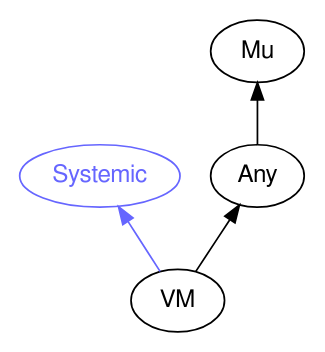
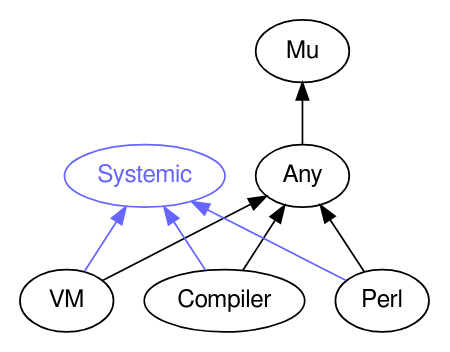
One commit to perl6docs/perl6docs.github.io changed the diagram in images/type-graph-Systemic.svg.dot. Above: the diagram before and after it, drawn with Graphviz. The commit also changed 1879 other files, not shown here.

```diff
--- a/images/type-graph-Systemic.svg.dot
+++ b/images/type-graph-Systemic.svg.dot
@@ -1,17 +1,23 @@
 digraph "perl6-type-graph" {
     rankdir=BT;
     splines=polyline;
     overlap=false; 
     // Types
     "Systemic" [color="#6666FF", fontcolor="#6666FF", href="/type/Systemic", fontname="FreeSans"];
     "Mu" [color="#000000", fontcolor="#000000", href="/type/Mu", fontname="FreeSans"];
     "Any" [color="#000000", fontcolor="#000000", href="/type/Any", fontname="FreeSans"];
     "VM" [color="#000000", fontcolor="#000000", href="/type/VM", fontname="FreeSans"];
+    "Compiler" [color="#000000", fontcolor="#000000", href="/type/Compiler", fontname="FreeSans"];
+    "Perl" [color="#000000", fontcolor="#000000", href="/type/Perl", fontname="FreeSans"];
 
     // Superclasses
     "Any" -> "Mu" [color="#000000"];
     "VM" -> "Any" [color="#000000"];
+    "Compiler" -> "Any" [color="#000000"];
+    "Perl" -> "Any" [color="#000000"];
 
     // Roles
     "VM" -> "Systemic" [color="#6666FF"];
+    "Compiler" -> "Systemic" [color="#6666FF"];
+    "Perl" -> "Systemic" [color="#6666FF"];
 }
```
